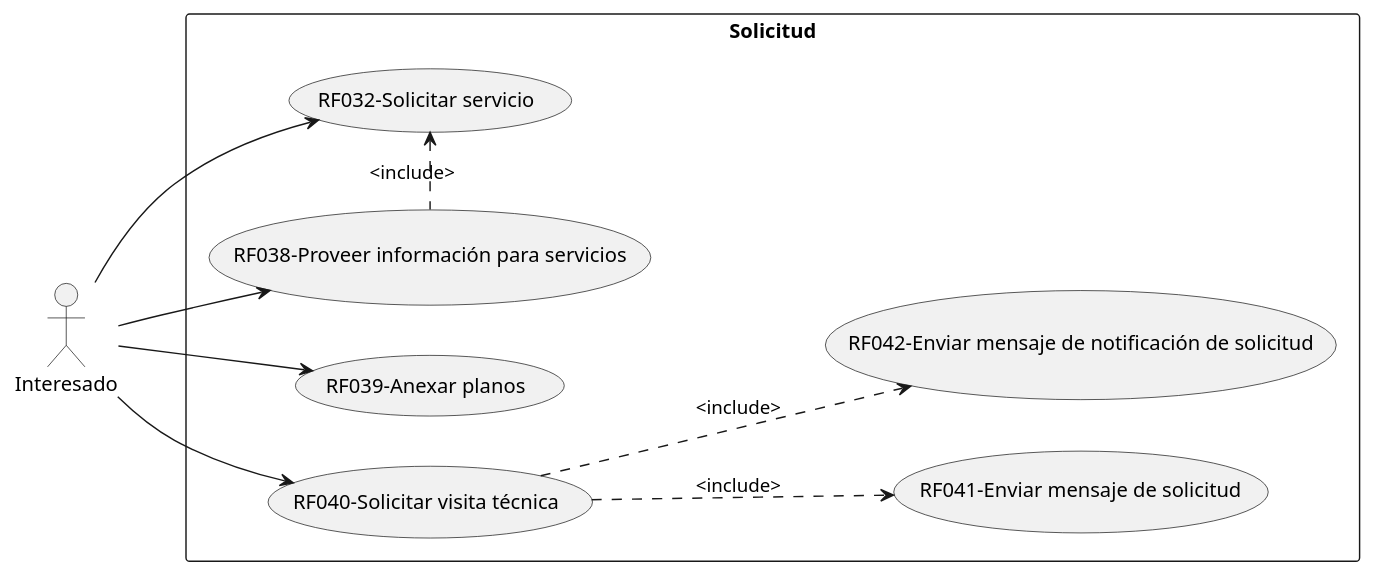
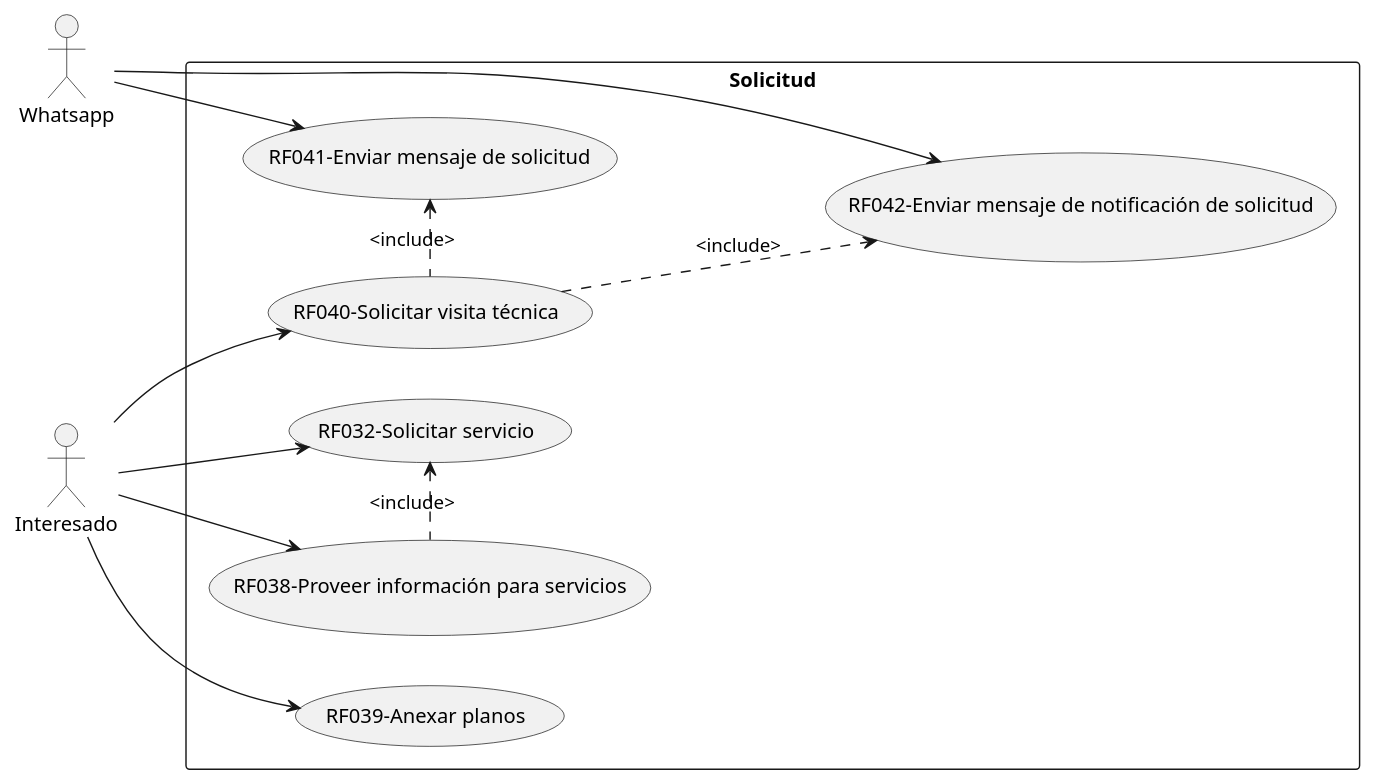
One commit to Los-Waza/MetalK_Documentation changed the diagram in CasosDeUso/metalK_cdu_solicitud.puml. Above: the diagram before and after it, drawn with PlantUML. The commit also changed 4 other files, not shown here.

Commit message:
Relational Diagram

```diff
--- a/CasosDeUso/metalK_cdu_solicitud.puml
+++ b/CasosDeUso/metalK_cdu_solicitud.puml
@@ -1,22 +1,26 @@
 @startuml MetalK_UseCase_Catogories
     left to right direction
 
     actor Interesado as i
+    actor Whatsapp as w
 
     rectangle Solicitud{
         usecase "RF032-Solicitar servicio" as RF032
         usecase "RF038-Proveer información para servicios" as RF038
         usecase "RF039-Anexar planos" as RF039
         usecase "RF040-Solicitar visita técnica" as RF040
         usecase "RF041-Enviar mensaje de solicitud" as RF041
         usecase "RF042-Enviar mensaje de notificación de solicitud" as RF042
     }
 
+    w --> RF041
+    w --> RF042
     i --> RF032
     i --> RF038
     i --> RF039
-    i --> RF040
+    i -left-> RF040
     RF038 .left.> RF032:<include>
-    RF040 ..> RF041:<include>
+    RF040 .left.> RF041:<include>
     RF040 ..> RF042:<include>
+
 @enduml
```
